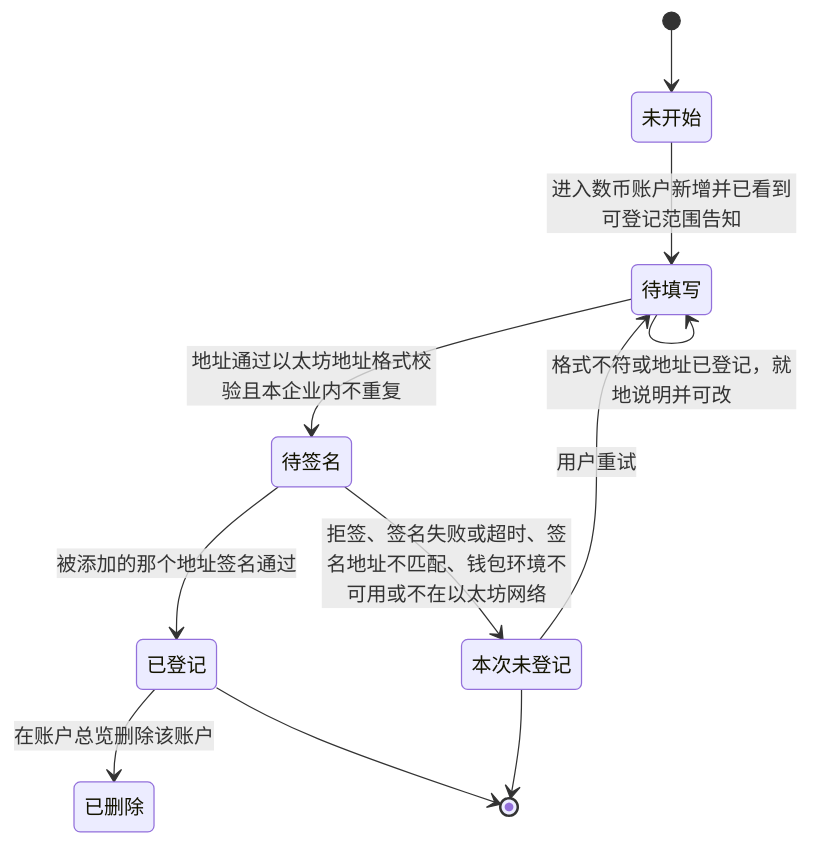
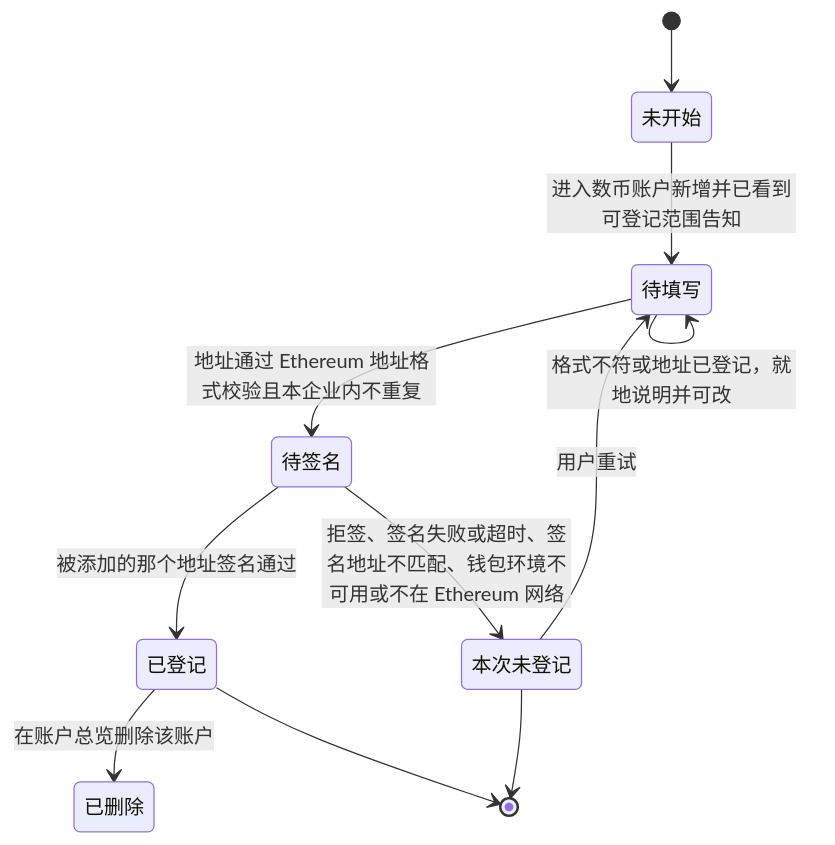
The sixth of 7 diagrams in lending-platform/PRD/面客端/03-企业账户/02-企业账户-流程图与状态机.md (wxblockchain/Chain-Financing), drawn with Mermaid before and after one commit. The commit also changed other lines of this file and 15 other files, not shown here.

````diff
--- a/lending-platform/PRD/面客端/03-企业账户/02-企业账户-流程图与状态机.md
+++ b/lending-platform/PRD/面客端/03-企业账户/02-企业账户-流程图与状态机.md
@@ -146,13 +146,13 @@
 ```mermaid
 stateDiagram-v2
     [*] --> 未开始
     未开始 --> 待填写: 进入数币账户新增并已看到可登记范围告知
-    待填写 --> 待签名: 地址通过以太坊地址格式校验且本企业内不重复
+    待填写 --> 待签名: 地址通过 Ethereum 地址格式校验且本企业内不重复
     待填写 --> 待填写: 格式不符或地址已登记，就地说明并可改
     待签名 --> 已登记: 被添加的那个地址签名通过
-    待签名 --> 本次未登记: 拒签、签名失败或超时、签名地址不匹配、钱包环境不可用或不在以太坊网络
+    待签名 --> 本次未登记: 拒签、签名失败或超时、签名地址不匹配、钱包环境不可用或不在 Ethereum 网络
     本次未登记 --> 待填写: 用户重试
     已登记 --> 已删除: 在账户总览删除该账户
     已登记 --> [*]
     本次未登记 --> [*]
 ```
````
